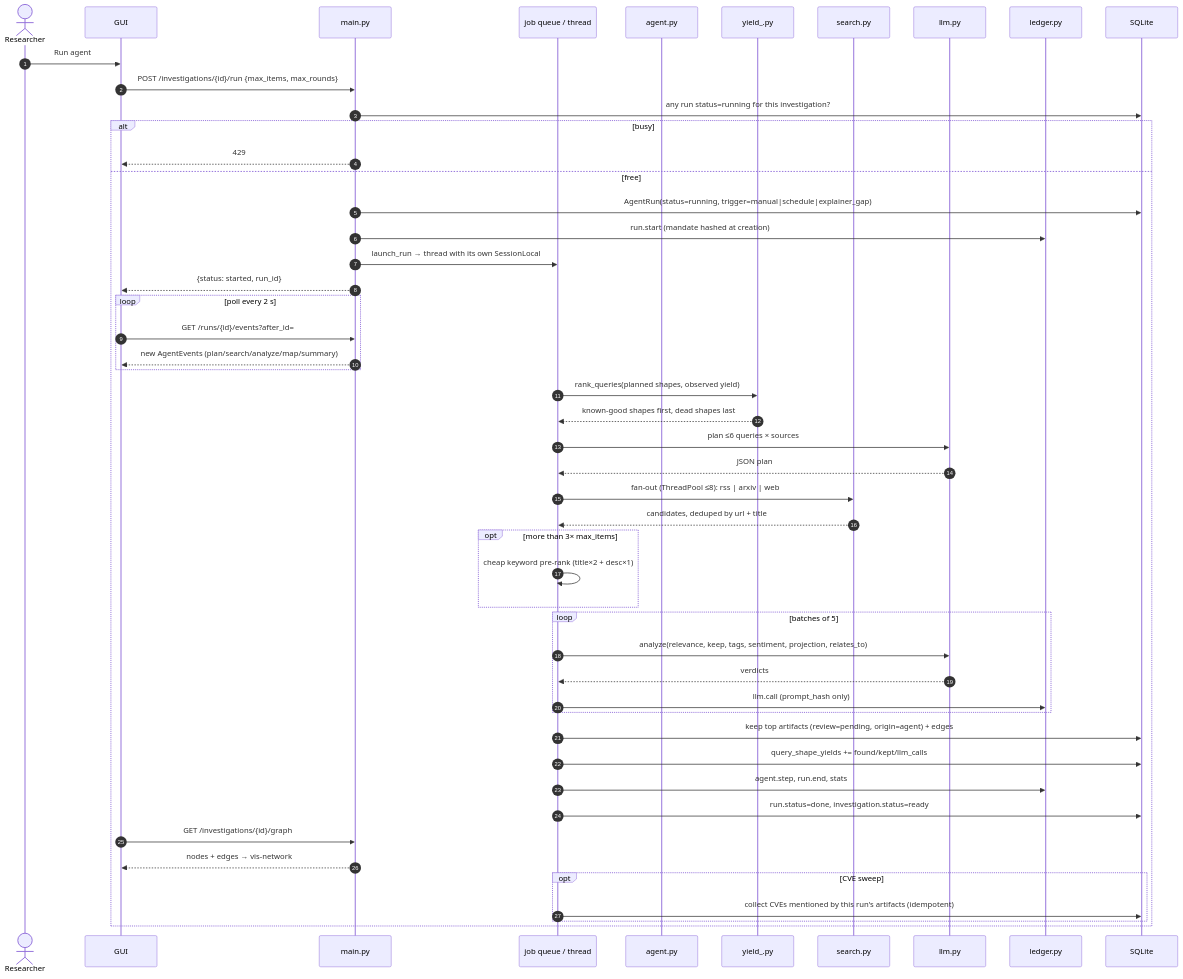
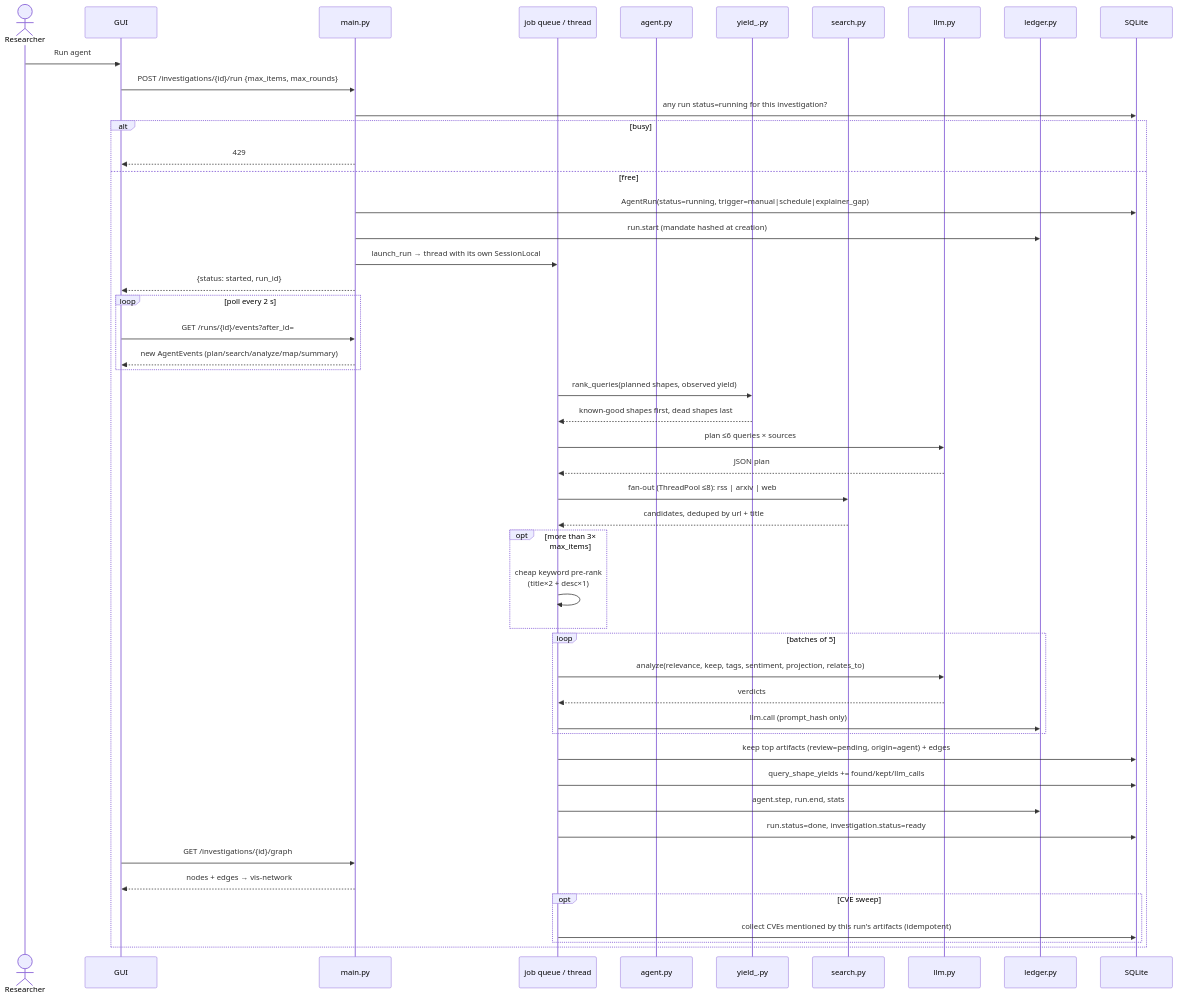
The second of 12 diagrams in design/interaction.md (harishgovardhandamodar/agentic-knowledge-mapper), drawn with Mermaid before and after one commit. The commit also changed other lines of this file and 2 other files, not shown here.

Commit message:
Fix overlapping Mermaid diagrams: serialize renders, drop colliding autonumbers

````diff
--- a/design/interaction.md
+++ b/design/interaction.md
@@ -42,53 +41,52 @@
 ```mermaid
 sequenceDiagram
-    autonumber
     actor R as Researcher
     participant UI as GUI
     participant API as main.py
     participant Q as job queue / thread
     participant AGT as agent.py
     participant Y as yield_.py
     participant SRCH as search.py
     participant LLM as llm.py
     participant L as ledger.py
     participant DB as SQLite
     R->>UI: Run agent
     UI->>API: POST /investigations/{id}/run {max_items, max_rounds}
     API->>DB: any run status=running for this investigation?
     alt busy
         API-->>UI: 429
     else free
         API->>DB: AgentRun(status=running, trigger=manual|schedule|explainer_gap)
         API->>L: run.start (mandate hashed at creation)
         API->>Q: launch_run → thread with its own SessionLocal
         API-->>UI: {status: started, run_id}
         loop poll every 2 s
             UI->>API: GET /runs/{id}/events?after_id=
             API-->>UI: new AgentEvents (plan/search/analyze/map/summary)
         end
         Q->>Y: rank_queries(planned shapes, observed yield)
         Y-->>Q: known-good shapes first, dead shapes last
         Q->>LLM: plan ≤6 queries × sources
         LLM-->>Q: JSON plan
         Q->>SRCH: fan-out (ThreadPool ≤8): rss | arxiv | web
         SRCH-->>Q: candidates, deduped by url + title
         opt more than 3× max_items
-            Q->>Q: cheap keyword pre-rank (title×2 + desc×1)
+            Q->>Q: cheap keyword pre-rank<br/>(title×2 + desc×1)
         end
         loop batches of 5
             Q->>LLM: analyze(relevance, keep, tags, sentiment, projection, relates_to)
             LLM-->>Q: verdicts
             Q->>L: llm.call (prompt_hash only)
         end
         Q->>DB: keep top artifacts (review=pending, origin=agent) + edges
         Q->>DB: query_shape_yields += found/kept/llm_calls
         Q->>L: agent.step, run.end, stats
         Q->>DB: run.status=done, investigation.status=ready
         UI->>API: GET /investigations/{id}/graph
         API-->>UI: nodes + edges → vis-network
         opt CVE sweep
             Q->>DB: collect CVEs mentioned by this run's artifacts (idempotent)
         end
     end
 
 ```
````
